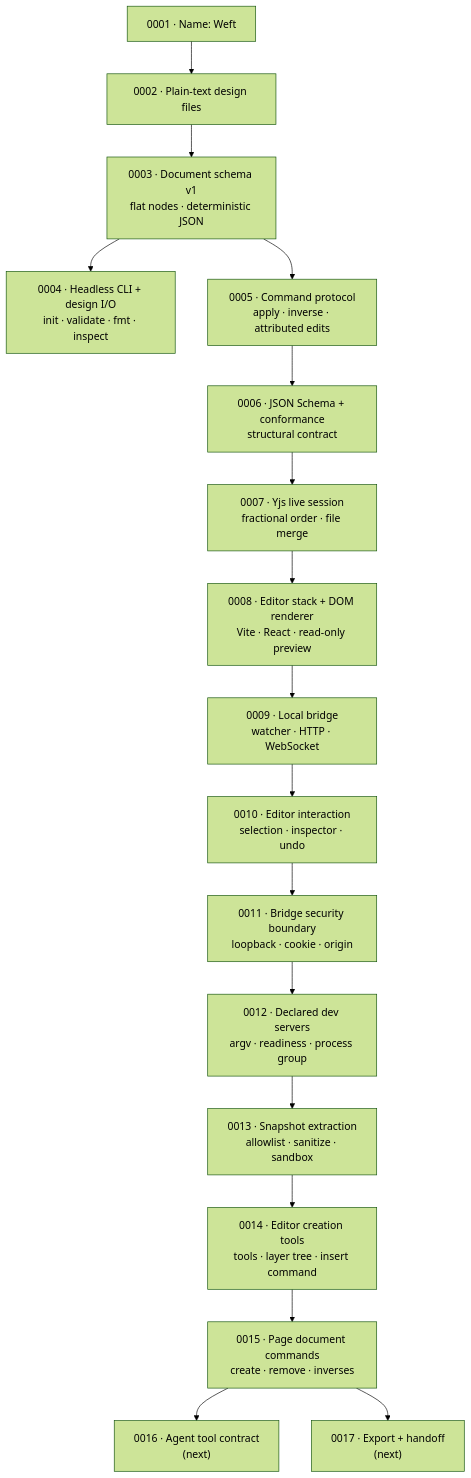
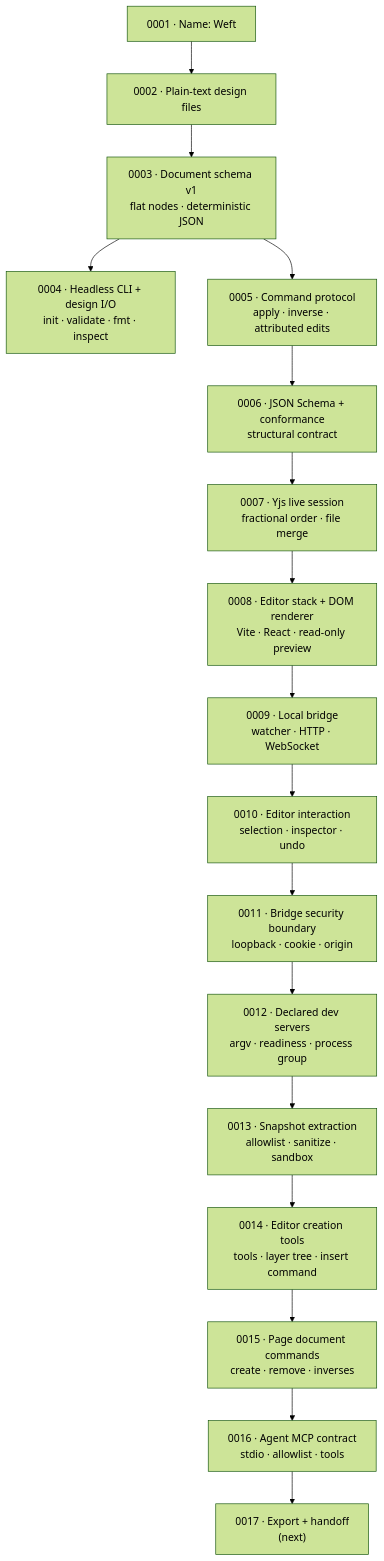
Before and after one commit to Pranesh-Selvaraj/Weft: the diagram in docs/decisions/README.md, drawn with Mermaid (forest theme). The commit also changed other lines of this file and 28 other files, not shown here.

Commit message:
feat(mcp): expose the document contract to coding agents (#16)

````diff
--- a/docs/decisions/README.md
+++ b/docs/decisions/README.md
@@ -38,19 +39,19 @@
 ```mermaid
 graph TD
     A["0001 · Name: Weft"] --> B["0002 · Plain-text design files"]
     B --> C["0003 · Document schema v1<br/>flat nodes · deterministic JSON"]
     C --> D["0004 · Headless CLI + design I/O<br/>init · validate · fmt · inspect"]
     C --> E["0005 · Command protocol<br/>apply · inverse · attributed edits"]
     E --> F["0006 · JSON Schema + conformance<br/>structural contract"]
     F --> G["0007 · Yjs live session<br/>fractional order · file merge"]
     G --> H["0008 · Editor stack + DOM renderer<br/>Vite · React · read-only preview"]
     H --> I["0009 · Local bridge<br/>watcher · HTTP · WebSocket"]
     I --> J["0010 · Editor interaction<br/>selection · inspector · undo"]
     J --> K["0011 · Bridge security boundary<br/>loopback · cookie · origin"]
     K --> L["0012 · Declared dev servers<br/>argv · readiness · process group"]
     L --> M["0013 · Snapshot extraction<br/>allowlist · sanitize · sandbox"]
     M --> N["0014 · Editor creation tools<br/>tools · layer tree · insert command"]
     N --> O["0015 · Page document commands<br/>create · remove · inverses"]
-    O --> P["0016 · Agent tool contract<br/>(next)"]
-    O --> Q["0017 · Export + handoff<br/>(next)"]
+    O --> P["0016 · Agent MCP contract<br/>stdio · allowlist · tools"]
+    P --> Q["0017 · Export + handoff<br/>(next)"]
 ```
````
